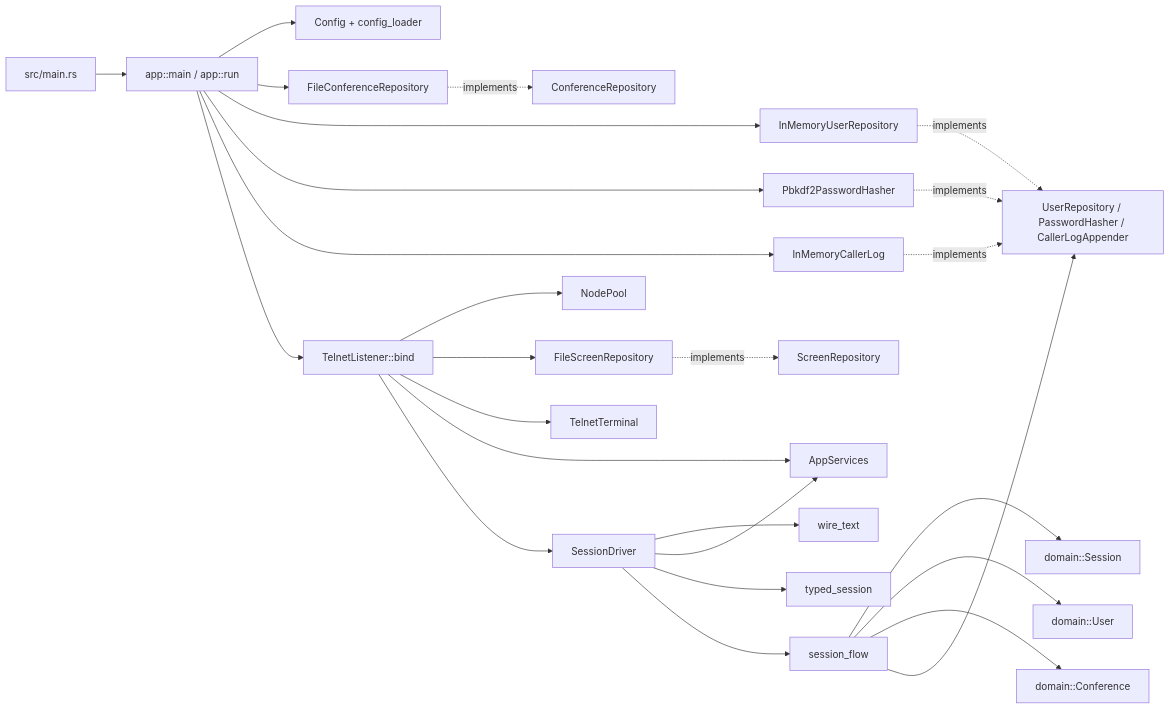
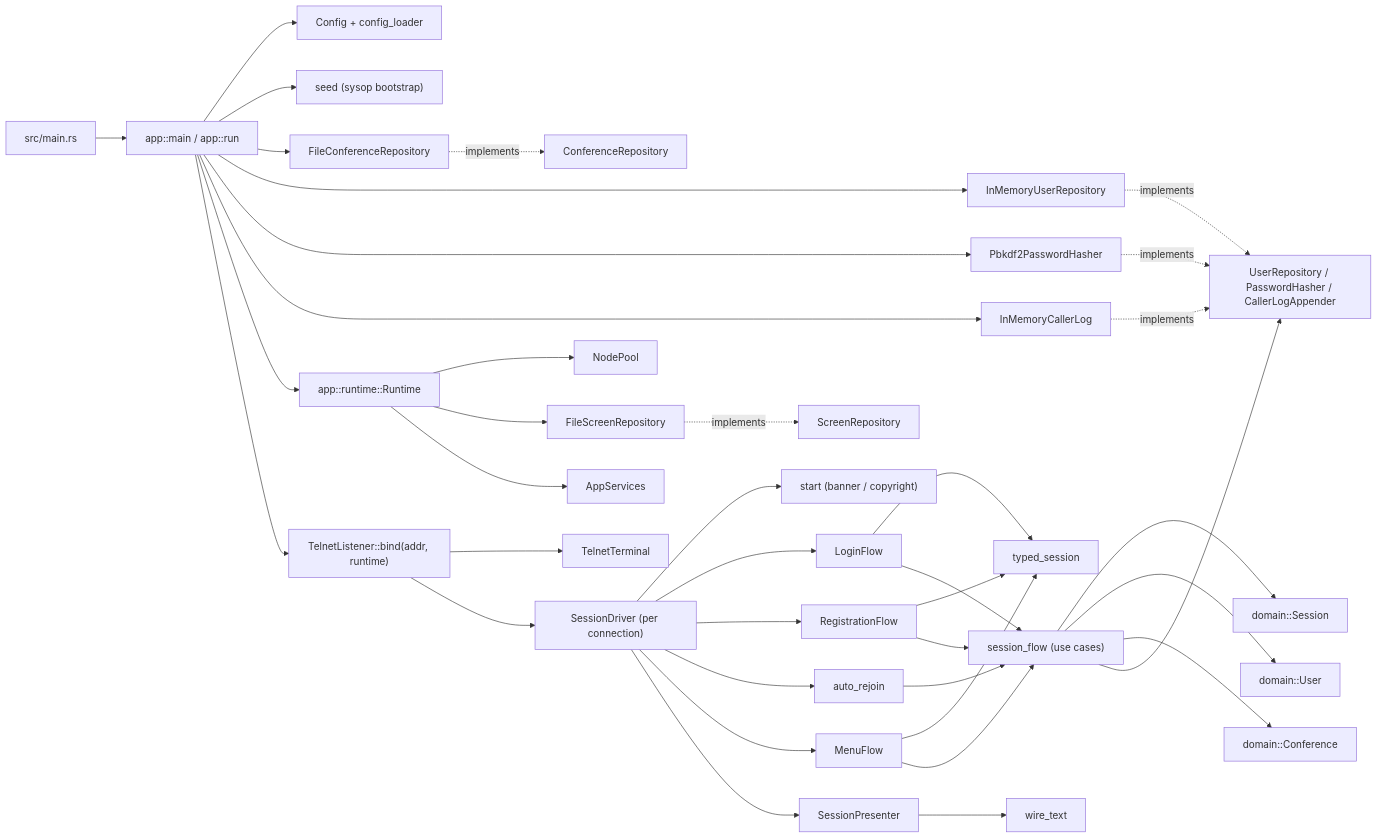
The diagram in SYSTEM.md (pingles/nextexpress), drawn with Mermaid before and after one commit. The commit also changed other lines of this file, not shown here.

````diff
--- a/SYSTEM.md
+++ b/SYSTEM.md
@@ -22,33 +21,47 @@
 ```mermaid
 flowchart LR
-    Main["src/main.rs"] --> AppMain["app::main / app::run"]
+    Main["src/main.rs"] --> AppRun["app::main / app::run"]
 
-    AppMain --> Config["Config + config_loader"]
-    AppMain --> ConfRepo["FileConferenceRepository"]
-    AppMain --> UserRepo["InMemoryUserRepository"]
-    AppMain --> Hasher["Pbkdf2PasswordHasher"]
-    AppMain --> CallerLog["InMemoryCallerLog"]
-    AppMain --> Telnet["TelnetListener::bind"]
+    AppRun --> Config["Config + config_loader"]
+    AppRun --> Seed["seed (sysop bootstrap)"]
+    AppRun --> ConfRepo["FileConferenceRepository"]
+    AppRun --> UserRepo["InMemoryUserRepository"]
+    AppRun --> Hasher["Pbkdf2PasswordHasher"]
+    AppRun --> CallerLog["InMemoryCallerLog"]
+    AppRun --> Runtime["app::runtime::Runtime"]
 
-    Telnet --> NodePool["NodePool"]
-    Telnet --> Screens["FileScreenRepository"]
+    Runtime --> NodePool["NodePool"]
+    Runtime --> Screens["FileScreenRepository"]
+    Runtime --> Services["AppServices"]
+
+    AppRun --> Telnet["TelnetListener::bind(addr, runtime)"]
     Telnet --> Terminal["TelnetTerminal"]
-    Telnet --> Services["AppServices"]
-    Telnet --> Driver["SessionDriver"]
+    Telnet --> Driver["SessionDriver (per connection)"]
 
-    Driver --> WireText["wire_text"]
-    Driver --> Services
-    Driver --> Typed["typed_session"]
-    Driver --> Flow["session_flow"]
+    Driver --> Start["start (banner / copyright)"]
+    Driver --> Login["LoginFlow"]
+    Driver --> Registration["RegistrationFlow"]
+    Driver --> AutoRejoin["auto_rejoin"]
+    Driver --> Menu["MenuFlow"]
+    Driver --> Presenter["SessionPresenter"]
+
+    Login --> Typed["typed_session"]
+    Registration --> Typed
+    Menu --> Typed
+    Login --> Flow["session_flow (use cases)"]
+    Registration --> Flow
+    Menu --> Flow
+    AutoRejoin --> Flow
+    Presenter --> WireText["wire_text"]
 
     Flow --> DomainSession["domain::Session"]
     Flow --> DomainUser["domain::User"]
     Flow --> DomainConference["domain::Conference"]
     Flow --> Ports["UserRepository / PasswordHasher / CallerLogAppender"]
 
     ConfRepo -.implements.-> ConfPort["ConferenceRepository"]
     UserRepo -.implements.-> Ports
     Hasher -.implements.-> Ports
     CallerLog -.implements.-> Ports
     Screens -.implements.-> ScreenPort["ScreenRepository"]
 ```
````
